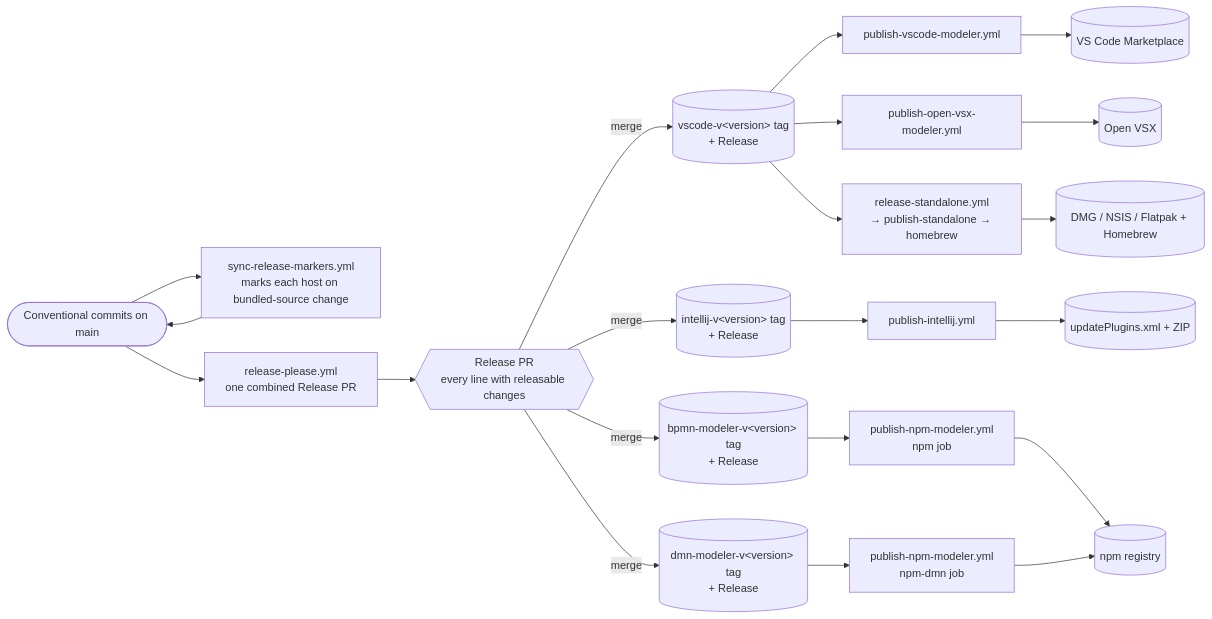
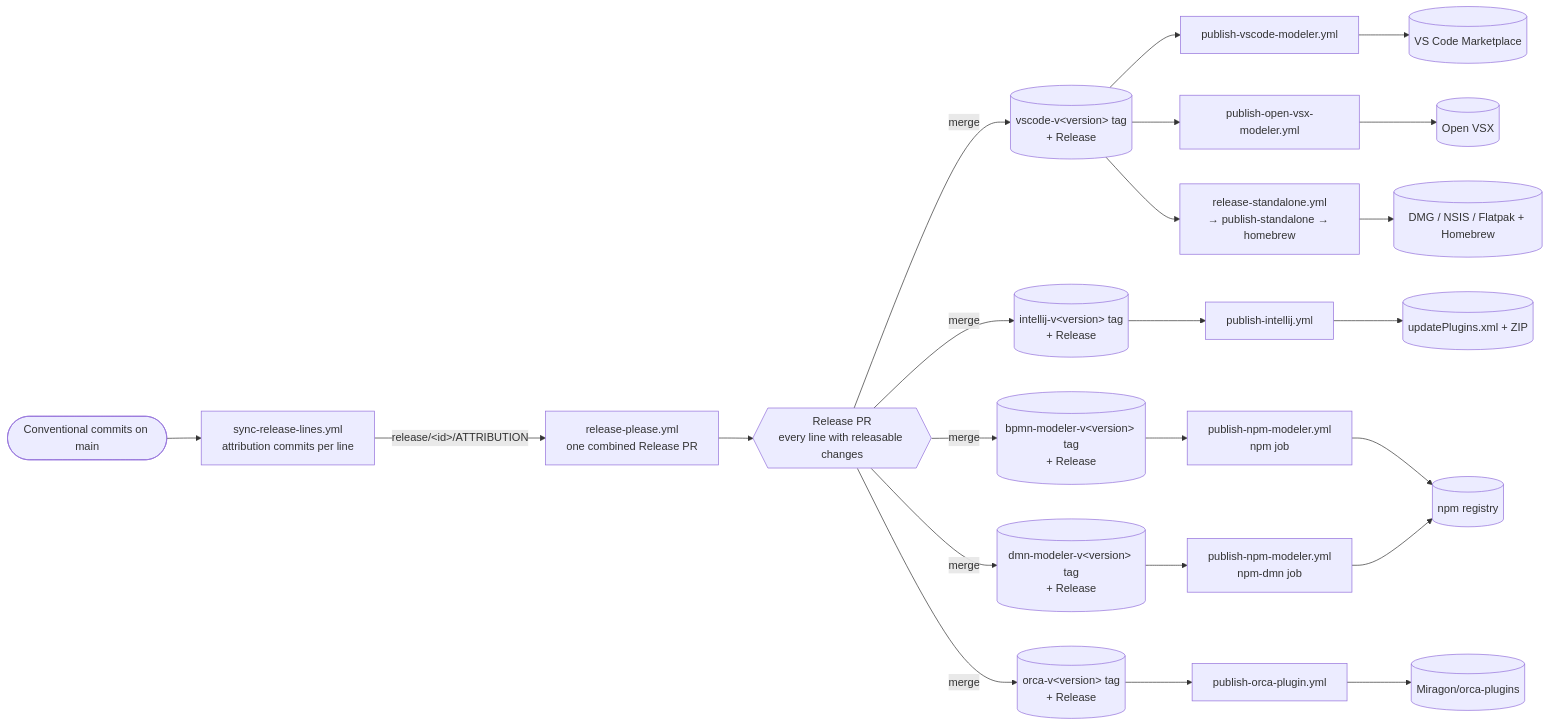
One commit to Miragon/bpmn-modeler changed the diagram in docs/vscode/contributing/release-process.md. Above: the diagram before and after it, drawn with Mermaid. The commit also changed other lines of this file and 41 other files, not shown here.

Commit message:
chore(release): feed every release line through attribution commits (#2552)

````diff
--- a/docs/vscode/contributing/release-process.md
+++ b/docs/vscode/contributing/release-process.md
@@ -143,33 +145,36 @@
 ```mermaid
 flowchart LR
     commits([Conventional commits on main])
-    sync[sync-release-markers.yml<br/>marks each host on bundled-source change]
+    sync[sync-release-lines.yml<br/>attribution commits per line]
     rp[release-please.yml<br/>one combined Release PR]
     pr{{Release PR<br/>every line with releasable changes}}
     tag_v[(vscode-v&lt;version&gt; tag<br/>+ Release)]
     tag_i[(intellij-v&lt;version&gt; tag<br/>+ Release)]
     tag_n[(bpmn-modeler-v&lt;version&gt; tag<br/>+ Release)]
     tag_d[(dmn-modeler-v&lt;version&gt; tag<br/>+ Release)]
+    tag_o[(orca-v&lt;version&gt; tag<br/>+ Release)]
 
-    commits --> rp
-    commits --> sync --> commits
+    commits --> sync -->|release/&lt;id&gt;/ATTRIBUTION| rp
     rp --> pr
     pr -->|merge| tag_v
     pr -->|merge| tag_i
     pr -->|merge| tag_n
     pr -->|merge| tag_d
+    pr -->|merge| tag_o
 
     tag_v --> p_vscode[publish-vscode-modeler.yml]
     tag_v --> p_ovsx[publish-open-vsx-modeler.yml]
     tag_v --> p_standalone[release-standalone.yml<br/>→ publish-standalone → homebrew]
     tag_i --> p_intellij[publish-intellij.yml]
     tag_n --> p_npm[publish-npm-modeler.yml<br/>npm job]
     tag_d --> p_npm_dmn[publish-npm-modeler.yml<br/>npm-dmn job]
+    tag_o --> p_orca[publish-orca-plugin.yml]
 
     p_vscode --> a_vscode[(VS Code Marketplace)]
     p_ovsx --> a_ovsx[(Open VSX)]
     p_standalone --> a_standalone[(DMG / NSIS / Flatpak + Homebrew)]
     p_intellij --> a_intellij[(updatePlugins.xml + ZIP)]
     p_npm --> a_npm[(npm registry)]
     p_npm_dmn --> a_npm
+    p_orca --> a_orca[(Miragon/orca-plugins)]
 ```
````
